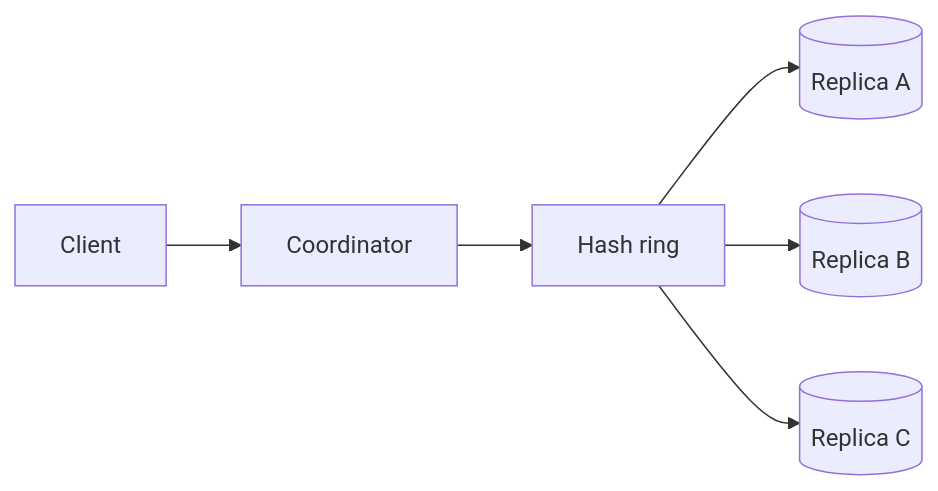
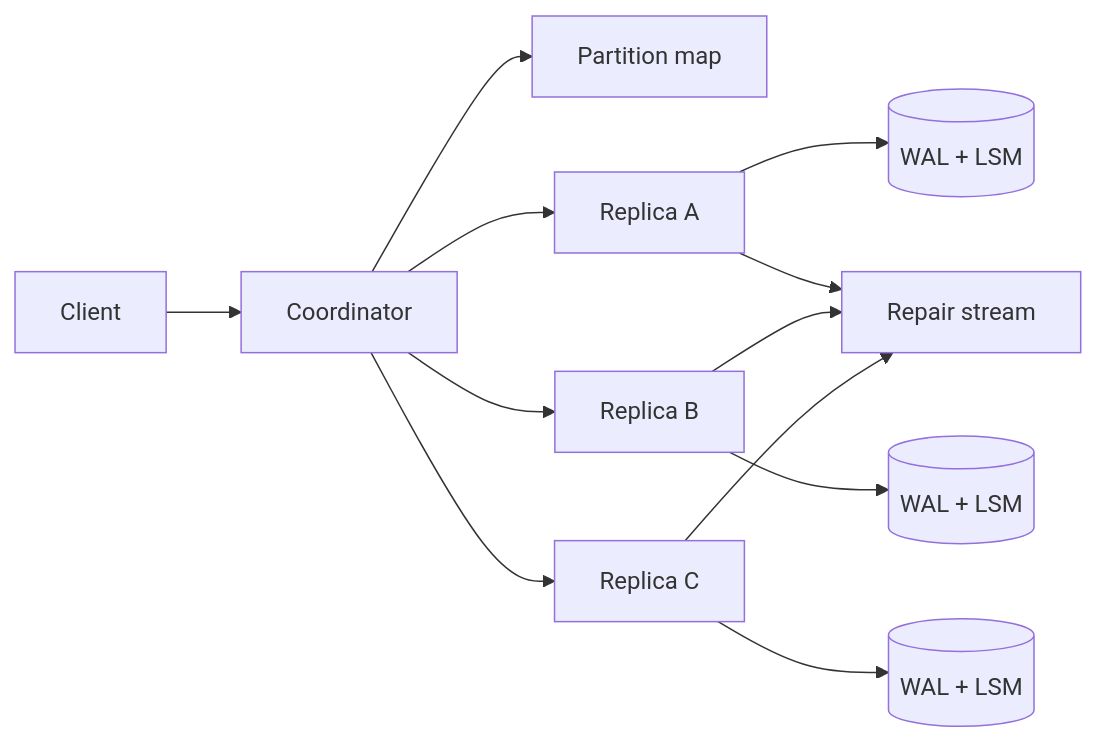
One commit to yangzichao/www changed the diagram in src/content/blog/system-design/kv-store.md. Above: the diagram before and after it, drawn with Mermaid. The commit also changed other lines of this file and 18 other files, not shown here.

Commit message:
refactor: Revise URL Shortener design document to enhance clarity and detail on system evolution, API specifications, and architectural considerations

````diff
--- a/src/content/blog/system-design/kv-store.md
+++ b/src/content/blog/system-design/kv-store.md
@@ -89,8 +198,14 @@
 ```mermaid
 flowchart LR
-  C[Client] --> K[Coordinator]
-  K --> H[Hash ring]
-  H --> A[(Replica A)]
-  H --> B[(Replica B)]
-  H --> C2[(Replica C)]
+  C[Client] --> CO[Coordinator]
+  CO --> P[Partition map]
+  CO --> A[Replica A]
+  CO --> B[Replica B]
+  CO --> D[Replica C]
+  A --> WA[(WAL + LSM)]
+  B --> WB[(WAL + LSM)]
+  D --> WC[(WAL + LSM)]
+  A --> R[Repair stream]
+  B --> R
+  D --> R
 ```
````
